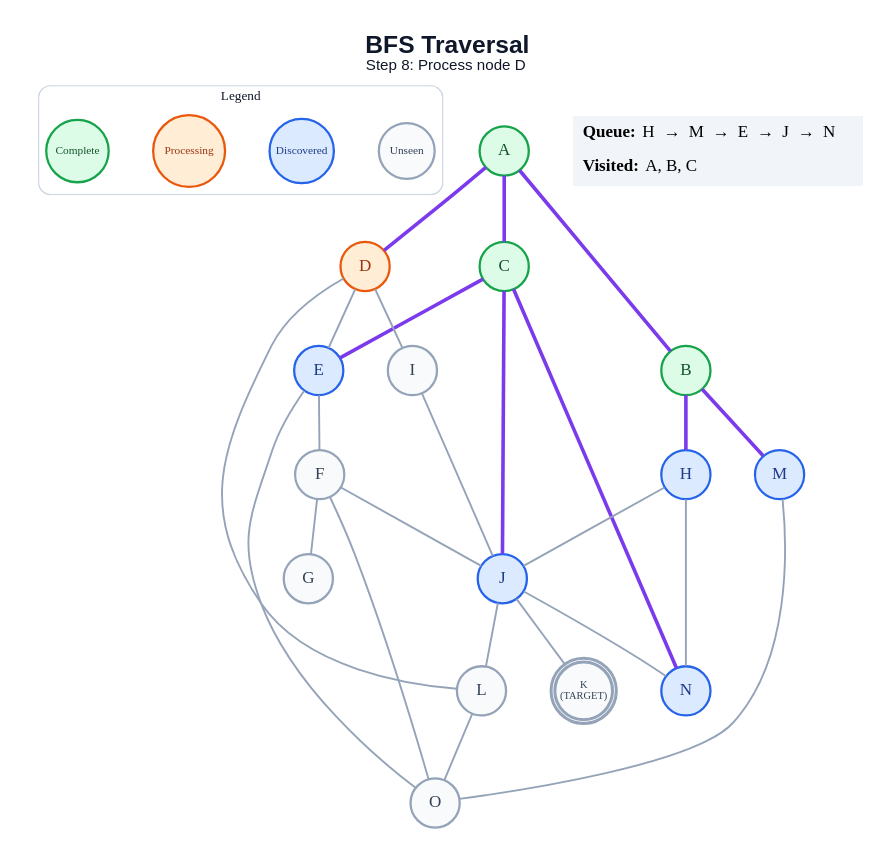
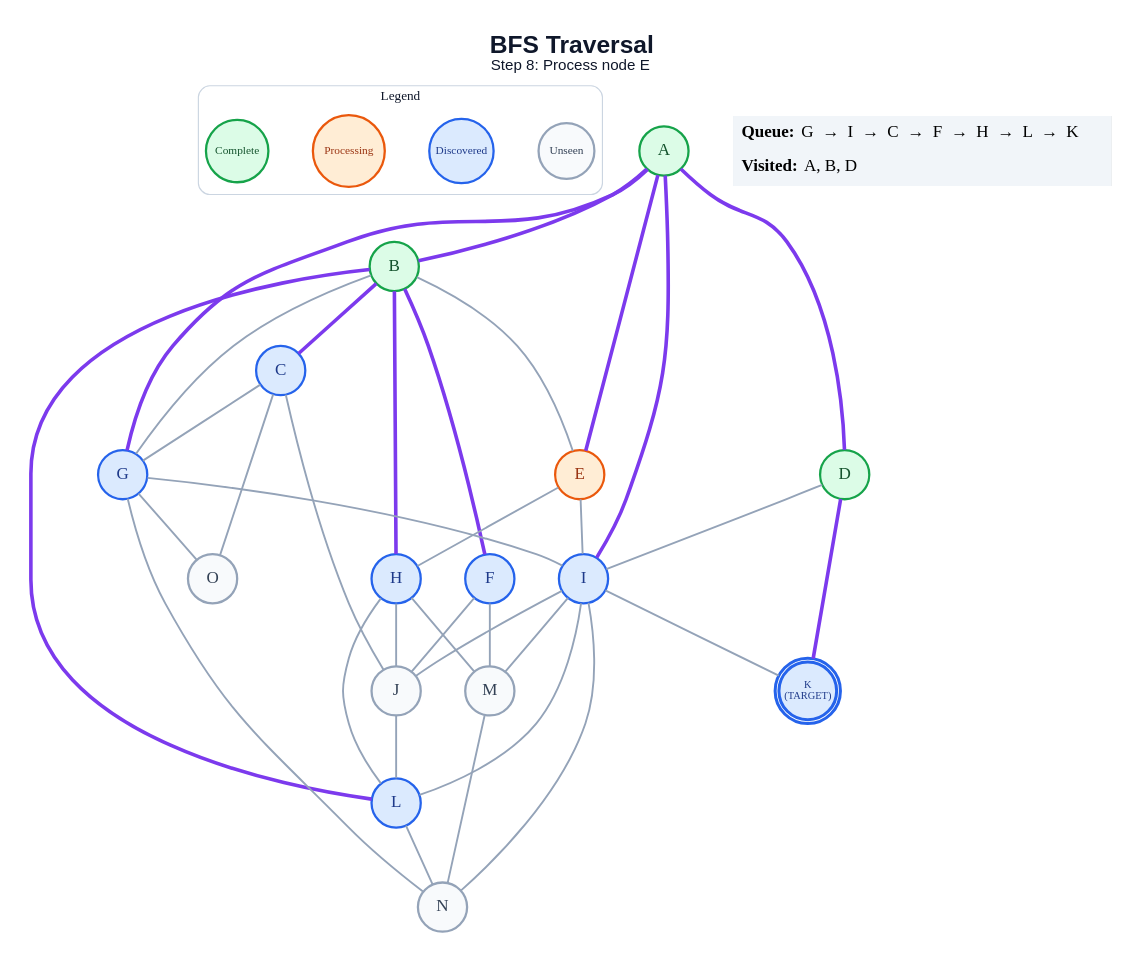
Before and after one commit to anon7238593-create/ai-slop: the diagram in generated/specific-node/bfs/step_08.dot, drawn with Graphviz. The commit also changed 313 other files, not shown here.

```diff
--- a/generated/specific-node/bfs/step_08.dot
+++ b/generated/specific-node/bfs/step_08.dot
@@ -1,58 +1,68 @@
 graph traversal {
   graph [layout=dot, rankdir=TB, bgcolor="#FFFFFF", pad="0.35", nodesep="0.65", ranksep="0.8", fontname="Arial"];
   node [shape=circle, style="filled", fontname="Arial Bold", fontsize=18, width=0.72, fixedsize=true, penwidth=2.4];
   edge [color="#94A3B8", penwidth=2.0];
-  label=<<B>BFS Traversal</B><BR/><FONT POINT-SIZE="16">Step 8: Process node D</FONT>>; labelloc="t"; fontsize=26; fontname="Arial"; fontcolor="#0F172A";
+  label=<<B>BFS Traversal</B><BR/><FONT POINT-SIZE="16">Step 8: Process node E</FONT>>; labelloc="t"; fontsize=26; fontname="Arial"; fontcolor="#0F172A";
   subgraph cluster_legend { label="Legend"; color="#CBD5E1"; penwidth=1.2; style="rounded"; fontsize=14; fontname="Arial Bold";
     key_unseen [label="Unseen", fillcolor="#F8FAFC", color="#94A3B8", fontcolor="#334155", fontsize=12, width=0.82];
     key_frontier [label="Discovered", fillcolor="#DBEAFE", color="#2563EB", fontcolor="#1E3A8A", fontsize=12, width=0.95];
     key_current [label="Processing", fillcolor="#FFEDD5", color="#EA580C", fontcolor="#9A3412", fontsize=12, width=1.05];
     key_done [label="Complete", fillcolor="#DCFCE7", color="#16A34A", fontcolor="#14532D", fontsize=12, width=0.92];
     { rank=same; key_unseen; key_frontier; key_current; key_done; }
   }
   A [label="A", fillcolor="#DCFCE7", color="#16A34A", fontcolor="#14532D", peripheries=1, penwidth=2.4];
   B [label="B", fillcolor="#DCFCE7", color="#16A34A", fontcolor="#14532D", peripheries=1, penwidth=2.4];
-  C [label="C", fillcolor="#DCFCE7", color="#16A34A", fontcolor="#14532D", peripheries=1, penwidth=2.4];
-  D [label="D", fillcolor="#FFEDD5", color="#EA580C", fontcolor="#9A3412", peripheries=1, penwidth=2.4];
-  E [label="E", fillcolor="#DBEAFE", color="#2563EB", fontcolor="#1E3A8A", peripheries=1, penwidth=2.4];
-  F [label="F", fillcolor="#F8FAFC", color="#94A3B8", fontcolor="#334155", peripheries=1, penwidth=2.4];
-  G [label="G", fillcolor="#F8FAFC", color="#94A3B8", fontcolor="#334155", peripheries=1, penwidth=2.4];
+  C [label="C", fillcolor="#DBEAFE", color="#2563EB", fontcolor="#1E3A8A", peripheries=1, penwidth=2.4];
+  D [label="D", fillcolor="#DCFCE7", color="#16A34A", fontcolor="#14532D", peripheries=1, penwidth=2.4];
+  E [label="E", fillcolor="#FFEDD5", color="#EA580C", fontcolor="#9A3412", peripheries=1, penwidth=2.4];
+  F [label="F", fillcolor="#DBEAFE", color="#2563EB", fontcolor="#1E3A8A", peripheries=1, penwidth=2.4];
+  G [label="G", fillcolor="#DBEAFE", color="#2563EB", fontcolor="#1E3A8A", peripheries=1, penwidth=2.4];
   H [label="H", fillcolor="#DBEAFE", color="#2563EB", fontcolor="#1E3A8A", peripheries=1, penwidth=2.4];
-  I [label="I", fillcolor="#F8FAFC", color="#94A3B8", fontcolor="#334155", peripheries=1, penwidth=2.4];
-  J [label="J", fillcolor="#DBEAFE", color="#2563EB", fontcolor="#1E3A8A", peripheries=1, penwidth=2.4];
-  K [label="K\n(TARGET)", fillcolor="#F8FAFC", color="#94A3B8", fontcolor="#334155", peripheries=2, penwidth=3.2, fontsize=11, width=0.85, height=0.85];
-  L [label="L", fillcolor="#F8FAFC", color="#94A3B8", fontcolor="#334155", peripheries=1, penwidth=2.4];
-  M [label="M", fillcolor="#DBEAFE", color="#2563EB", fontcolor="#1E3A8A", peripheries=1, penwidth=2.4];
-  N [label="N", fillcolor="#DBEAFE", color="#2563EB", fontcolor="#1E3A8A", peripheries=1, penwidth=2.4];
+  I [label="I", fillcolor="#DBEAFE", color="#2563EB", fontcolor="#1E3A8A", peripheries=1, penwidth=2.4];
+  J [label="J", fillcolor="#F8FAFC", color="#94A3B8", fontcolor="#334155", peripheries=1, penwidth=2.4];
+  K [label="K\n(TARGET)", fillcolor="#DBEAFE", color="#2563EB", fontcolor="#1E3A8A", peripheries=2, penwidth=3.2, fontsize=11, width=0.85, height=0.85];
+  L [label="L", fillcolor="#DBEAFE", color="#2563EB", fontcolor="#1E3A8A", peripheries=1, penwidth=2.4];
+  M [label="M", fillcolor="#F8FAFC", color="#94A3B8", fontcolor="#334155", peripheries=1, penwidth=2.4];
+  N [label="N", fillcolor="#F8FAFC", color="#94A3B8", fontcolor="#334155", peripheries=1, penwidth=2.4];
   O [label="O", fillcolor="#F8FAFC", color="#94A3B8", fontcolor="#334155", peripheries=1, penwidth=2.4];
   A -- B [color="#7C3AED", penwidth=3.8];
-  A -- C [color="#7C3AED", penwidth=3.8];
   A -- D [color="#7C3AED", penwidth=3.8];
+  A -- E [color="#7C3AED", penwidth=3.8];
+  A -- G [color="#7C3AED", penwidth=3.8];
+  A -- I [color="#7C3AED", penwidth=3.8];
+  B -- C [color="#7C3AED", penwidth=3.8];
+  B -- E;
+  B -- F [color="#7C3AED", penwidth=3.8];
+  B -- G;
   B -- H [color="#7C3AED", penwidth=3.8];
-  B -- M [color="#7C3AED", penwidth=3.8];
-  C -- E [color="#7C3AED", penwidth=3.8];
-  C -- J [color="#7C3AED", penwidth=3.8];
-  C -- N [color="#7C3AED", penwidth=3.8];
-  D -- E;
+  B -- L [color="#7C3AED", penwidth=3.8];
+  C -- G;
+  C -- J;
+  C -- O;
   D -- I;
-  D -- L;
-  E -- F;
-  E -- O;
-  F -- G;
+  D -- K [color="#7C3AED", penwidth=3.8];
+  E -- H;
+  E -- I;
   F -- J;
-  F -- O;
+  F -- M;
+  G -- I;
+  G -- N;
+  G -- O;
   H -- J;
-  H -- N;
+  H -- L;
+  H -- M;
   I -- J;
-  J -- K;
+  I -- K;
+  I -- L;
+  I -- M;
+  I -- N;
   J -- L;
-  J -- N;
-  L -- O;
-  M -- O;
+  L -- N;
+  M -- N;
   status [shape=plain, fixedsize=false, width=0, height=0, margin=0, label=<
     <TABLE BORDER="0" CELLBORDER="0" CELLPADDING="7" BGCOLOR="#F1F5F9">
-      <TR><TD ALIGN="LEFT"><B>Queue:</B> H  →  M  →  E  →  J  →  N</TD></TR>
-      <TR><TD ALIGN="LEFT"><B>Visited:</B> A, B, C</TD></TR>
+      <TR><TD ALIGN="LEFT"><B>Queue:</B> G  →  I  →  C  →  F  →  H  →  L  →  K</TD></TR>
+      <TR><TD ALIGN="LEFT"><B>Visited:</B> A, B, D</TD></TR>
     </TABLE>
   >];
 }
```
